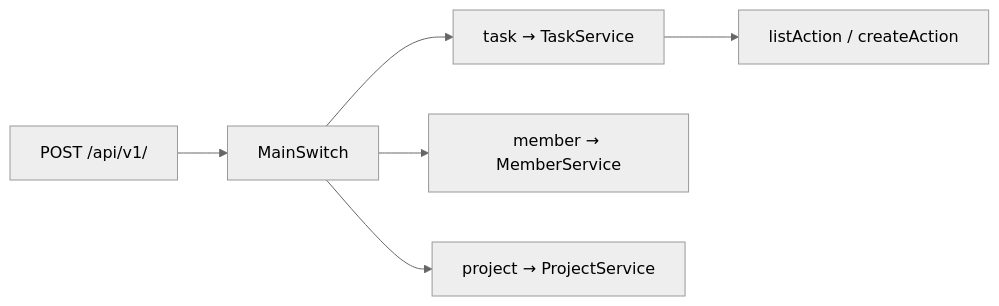
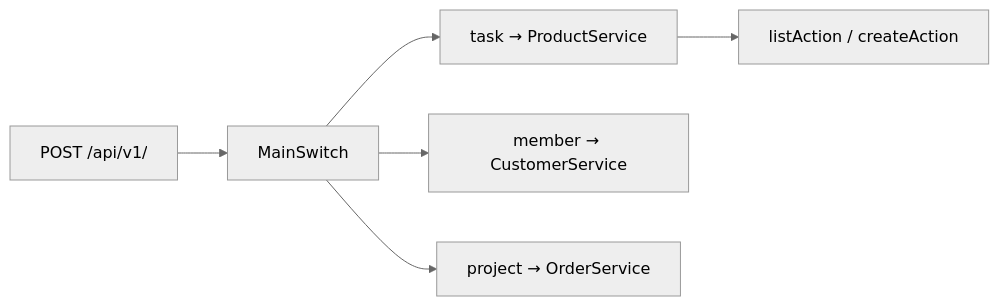
Before and after one commit to PioniaPHP-project/pionia-docs: the diagram in content/docs/documentation/building-api/_index.md, drawn with Mermaid (neutral theme). The commit also changed other lines of this file and 268 other files, not shown here.

```diff
--- a/content/docs/documentation/building-api/_index.md
+++ b/content/docs/documentation/building-api/_index.md
@@ -42,8 +42,8 @@
 {{< mermaid >}}
 flowchart LR
   POST["POST /api/v1/"] --> Switch[MainSwitch]
-  Switch --> Task["task → TaskService"]
-  Switch --> Member["member → MemberService"]
-  Switch --> Project["project → ProjectService"]
+  Switch --> Task["task → ProductService"]
+  Switch --> Member["member → CustomerService"]
+  Switch --> Project["project → OrderService"]
   Task --> Action["listAction / createAction"]
 {{< /mermaid >}}
```
